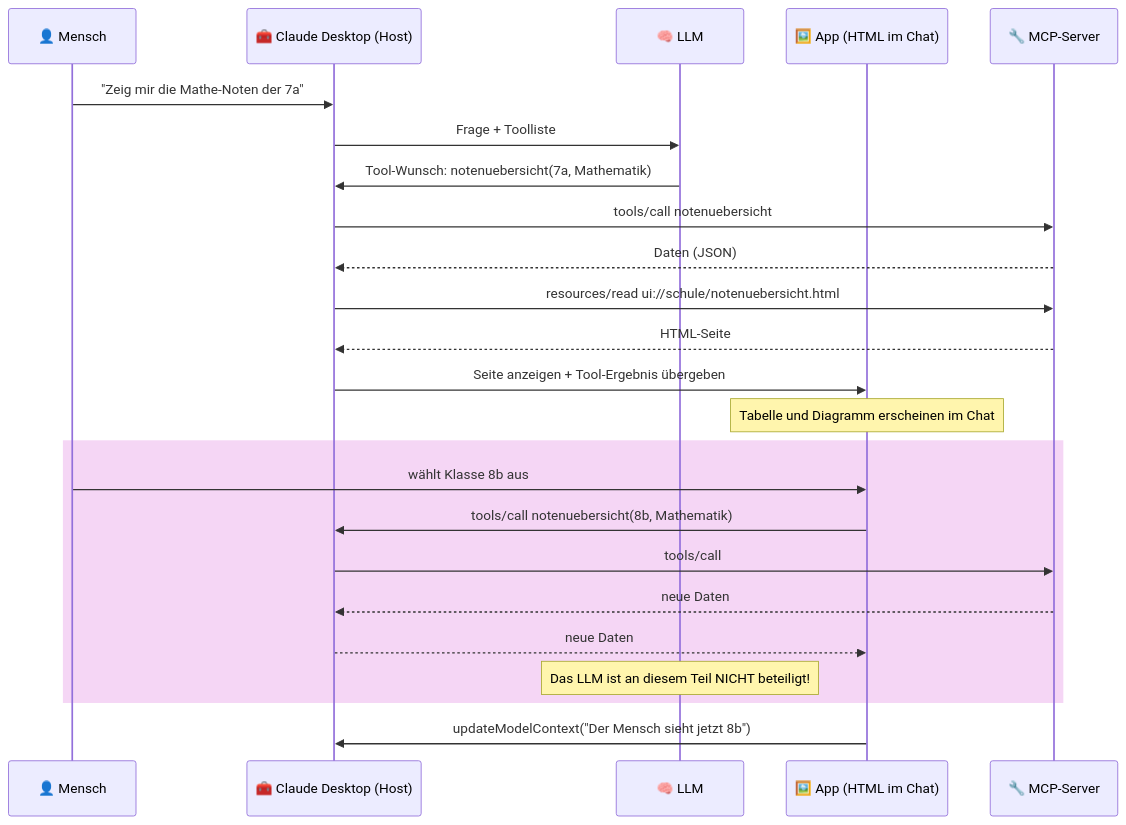
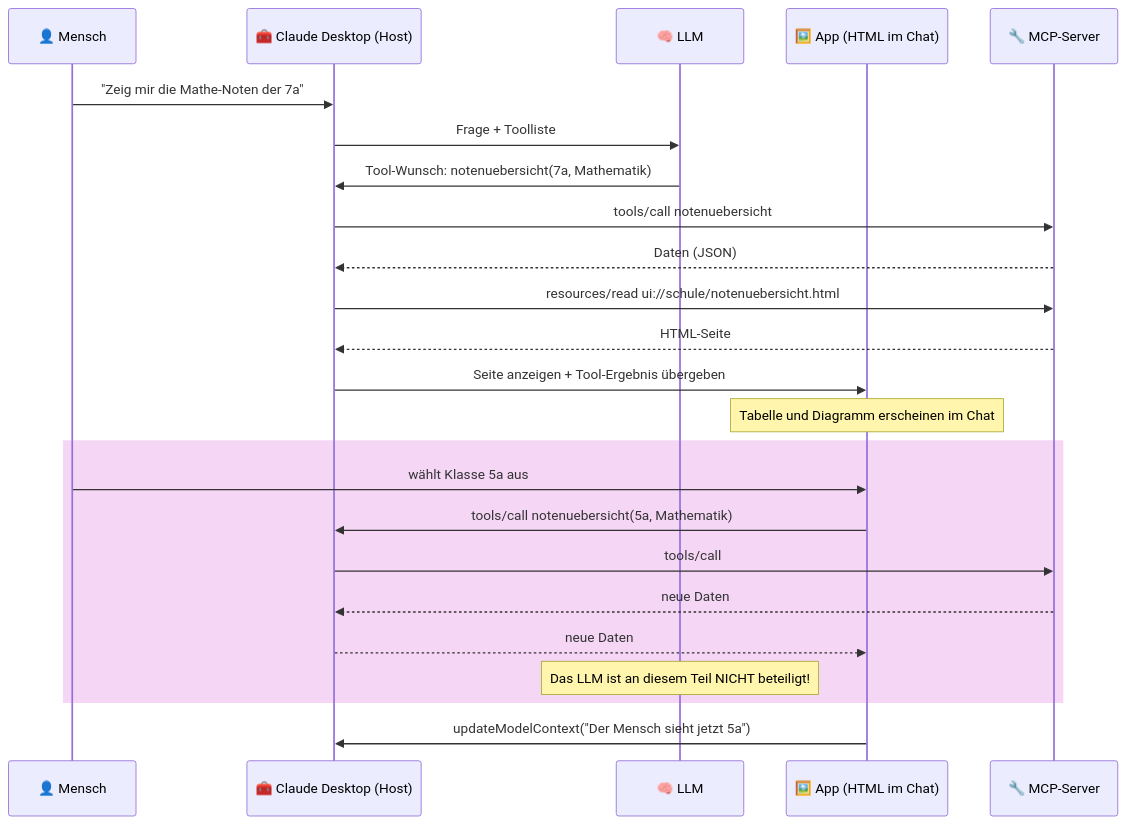
Before and after one commit to FlowTheTensor/SQLite-per-MCP: the diagram in docs/mcp-apps.md, drawn with Mermaid. The commit also changed other lines of this file and 6 other files, not shown here.

````diff
--- a/docs/mcp-apps.md
+++ b/docs/mcp-apps.md
@@ -42,28 +42,28 @@
 ```mermaid
 sequenceDiagram
     participant M as 👤 Mensch
     participant H as 🧰 Claude Desktop (Host)
     participant L as 🧠 LLM
     participant A as 🖼️ App (HTML im Chat)
     participant S as 🔧 MCP-Server
 
     M->>H: "Zeig mir die Mathe-Noten der 7a"
     H->>L: Frage + Toolliste
     L->>H: Tool-Wunsch: notenuebersicht(7a, Mathematik)
     H->>S: tools/call notenuebersicht
     S-->>H: Daten (JSON)
     H->>S: resources/read ui://schule/notenuebersicht.html
     S-->>H: HTML-Seite
     H->>A: Seite anzeigen + Tool-Ergebnis übergeben
     Note over A: Tabelle und Diagramm erscheinen im Chat
 
     rect rgb(245, 214, 245)
-    M->>A: wählt Klasse 8b aus
-    A->>H: tools/call notenuebersicht(8b, Mathematik)
+    M->>A: wählt Klasse 5a aus
+    A->>H: tools/call notenuebersicht(5a, Mathematik)
     H->>S: tools/call
     S-->>H: neue Daten
     H-->>A: neue Daten
     Note over L: Das LLM ist an diesem Teil NICHT beteiligt!
     end
-    A->>H: updateModelContext("Der Mensch sieht jetzt 8b")
+    A->>H: updateModelContext("Der Mensch sieht jetzt 5a")
 ```
````
